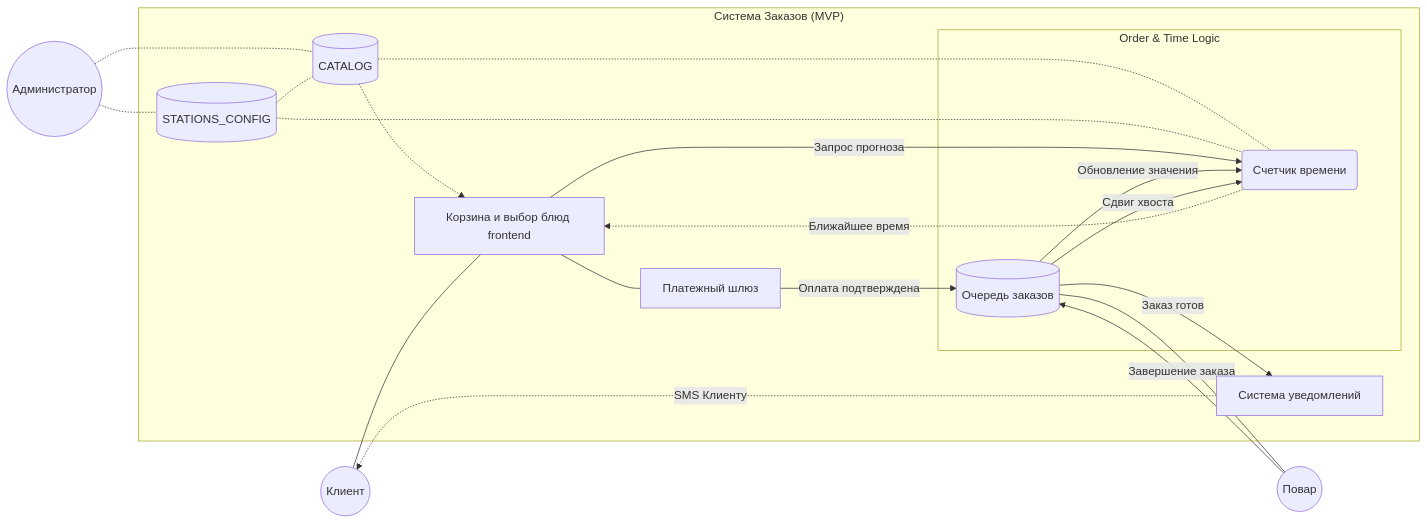
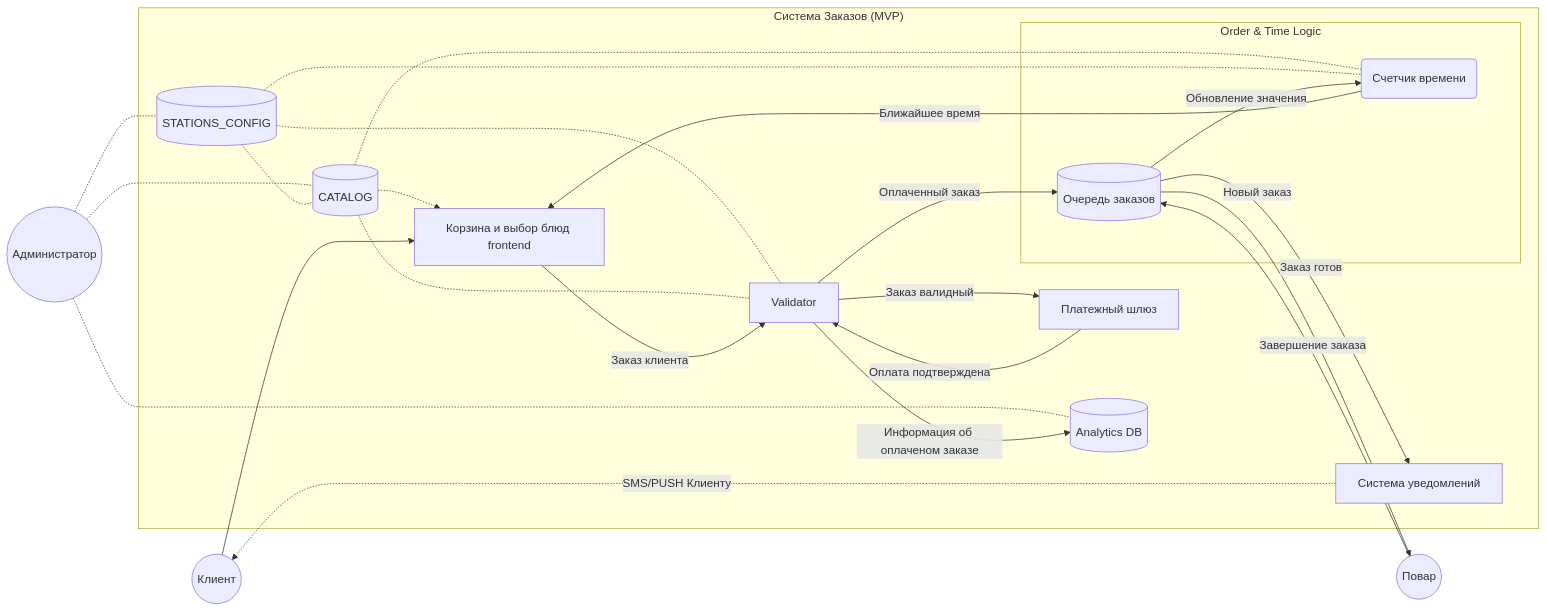
Before and after one commit to WGexe/KitchenSync: the first of 3 diagrams in docs/EPIC_01_Ordering.md, drawn with Mermaid. The commit also changed 1 other file, not shown here.

Commit message:
Make README, update mvp logic at use case diagram

````diff
--- a/docs/EPIC_01_Ordering.md
+++ b/docs/EPIC_01_Ordering.md
@@ -51,46 +51,52 @@
 ```mermaid
 graph LR
     C((Клиент))
     P((Повар))
     A((Администратор))
 
     subgraph "Система Заказов (MVP)"
         C1[Корзина и выбор блюд frontend]
         C2[Платежный шлюз]
+        V[Validator]
+        ADB[(Analytics DB)]
         N[Система уведомлений]
-        BD1[(CATALOG)]
-        BD2[(STATIONS_CONFIG)]
+        DB1[(CATALOG)]
+        DB2[(STATIONS_CONFIG)]
 
         %% Группировка S1 и S2 в один логический блок
         subgraph S_Module [Order & Time Logic]
             S1[(Очередь заказов)]
             S2(Счетчик времени)
         end
     end
 
     %%Связи
-    A -.- BD1
-    A -.- BD2
-    BD2 -.- BD1
-    BD1 -.- S2
-    BD2 -.- S2
-    BD1 -.-> C1
+    A -.- DB1
+    A -.- DB2
+    A -.- ADB
+    DB2 -.- DB1
+    DB1 -.- S2
+    DB2 -.- S2
+    DB1 -.-> C1
+    DB2 -.- V
+    DB1 -.- V
 
     %% Путь клиента
-    C --- C1
-    C1 -- "Запрос прогноза" --> S2
-    S2 -. "Ближайшее время" .-> C1
-    C1 --- C2
+    C ---> C1
+    S2 -- "Ближайшее время" --> C1
+    C1 --"Заказ клиента"--> V
+    
     
     %% Путь данных
-    C2 -- "Оплата подтверждена" --> S1
+    V --"Заказ валидный"--> C2
+    C2 -- "Оплата подтверждена" --> V
+    V--"Информация об оплаченом заказе"-->ADB
+    V --"Оплаченный заказ"--> S1
     S1 -- "Обновление значения" --> S2
     
     %% Путь повара и оповещение
-    S1 --- P
+    S1 --"Новый заказ"--> P
     P -- "Завершение заказа" --> S1
-    S1 -- "Сдвиг хвоста" --> S2
     S1 -- "Заказ готов" --> N
-    N -. "SMS Клиенту" .-> C
-
+    N -. "SMS/PUSH Клиенту" .-> C
 ```
````
